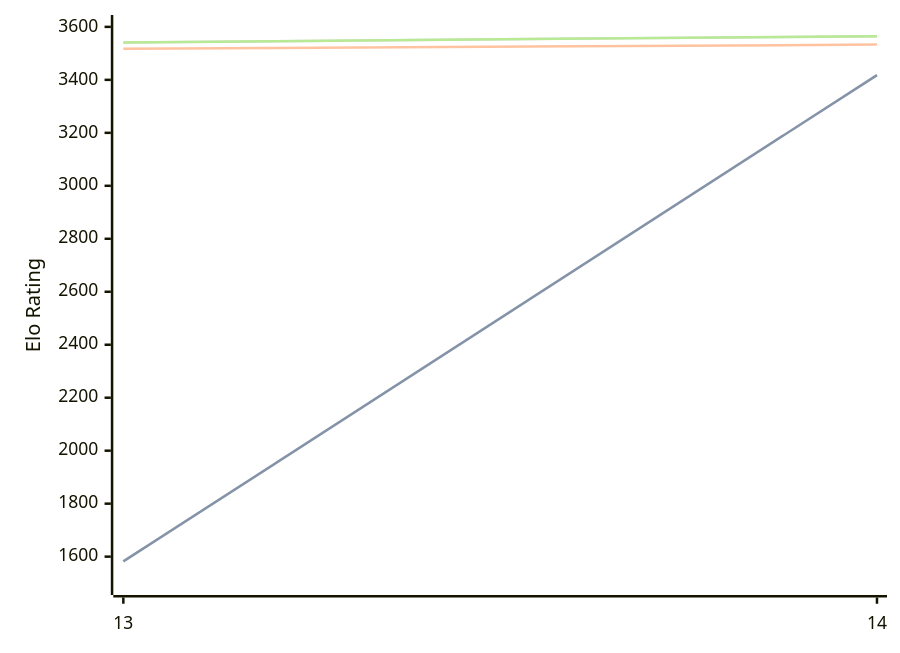
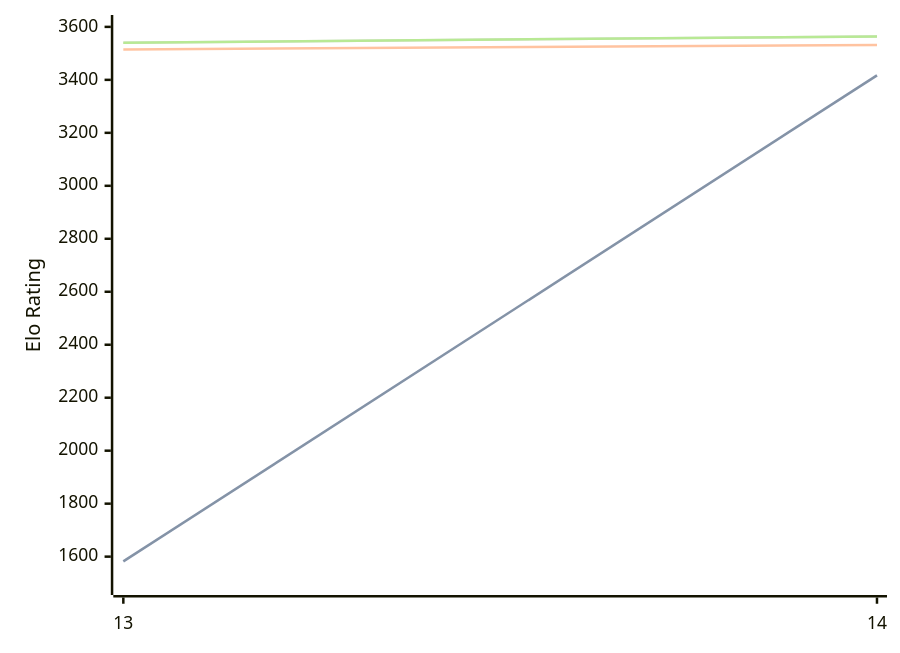
The diagram in engines/Berserk.md (computer-chess-index/cci), drawn with Mermaid before and after one commit. The commit also changed other lines of this file, not shown here.

Commit message:
Update CCI Ratings (ELO VLTC) - 2026-08-03

````diff
--- a/engines/Berserk.md
+++ b/engines/Berserk.md
@@ -63,11 +63,11 @@
 ```mermaid
 %%{init: {"theme":"base","themeVariables":{"seriesColors:['#a3a3a3','#222221','#faa371']}}}%%
 xychart-beta
   x-axis ["13", "14"]
   y-axis "Elo Rating" 1500 --> 3600
-  line "STC (8.0+0.08s)" [1582, 3418]
-  line "STC (8.0+0.08s)" [1582, 3418]
-  line "LTC (60.0+0.60s)" [3517, 3533]
-  line "VLTC (2m24s+1.12s)" [3541, 3565]
-  line "VLTC (2m24s+1.12s)" [3541, 3565]
+  line "STC (8.0+0.08s)" [1582, 3417]
+  line "STC (8.0+0.08s)" [1582, 3417]
+  line "LTC (60.0+0.60s)" [3515, 3532]
+  line "VLTC (2m24s+1.12s)" [3540, 3564]
+  line "VLTC (2m24s+1.12s)" [3540, 3564]
 ```
````
